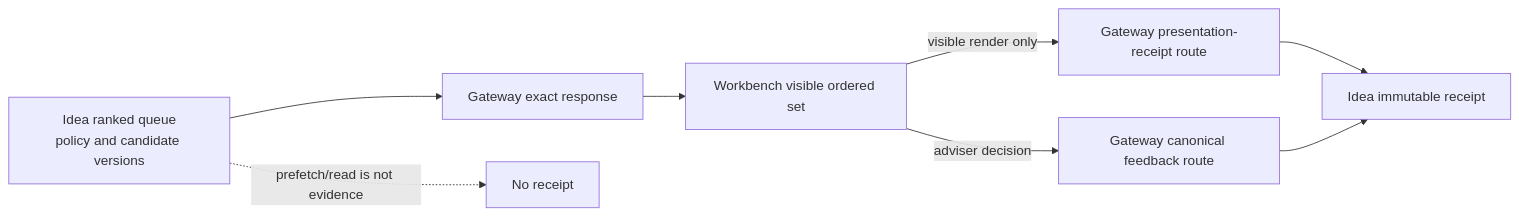
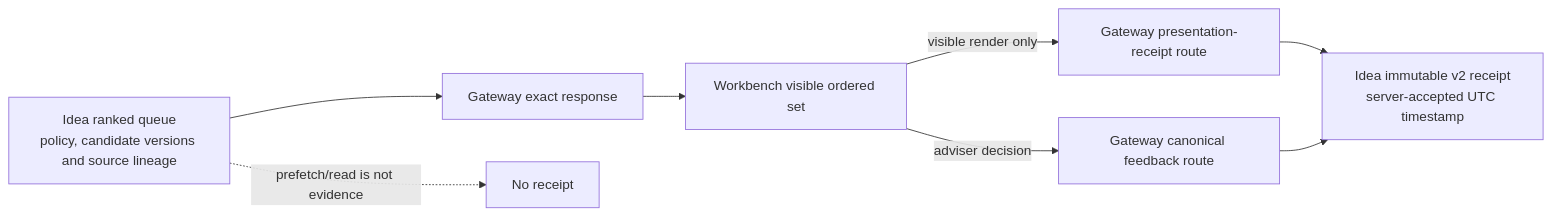
Before and after one commit to sgajbi/lotus-gateway: the diagram in wiki/Idea-Opportunity-Transport.md, drawn with Mermaid. The commit also changed other lines of this file and 14 other files, not shown here.

Commit message:
fix: preserve Idea receipt source lineage

````diff
--- a/wiki/Idea-Opportunity-Transport.md
+++ b/wiki/Idea-Opportunity-Transport.md
@@ -24,10 +24,10 @@
 ```mermaid
 flowchart LR
-    Q[Idea ranked queue<br/>policy and candidate versions] --> G[Gateway exact response]
+    Q[Idea ranked queue<br/>policy, candidate versions and source lineage] --> G[Gateway exact response]
     G --> W[Workbench visible ordered set]
     W -->|visible render only| R[Gateway presentation-receipt route]
-    R --> I[Idea immutable receipt]
+    R --> I[Idea immutable v2 receipt<br/>server-accepted UTC timestamp]
     W -->|adviser decision| F[Gateway canonical feedback route]
     F --> I
     Q -. prefetch/read is not evidence .-> X[No receipt]
 ```
````
